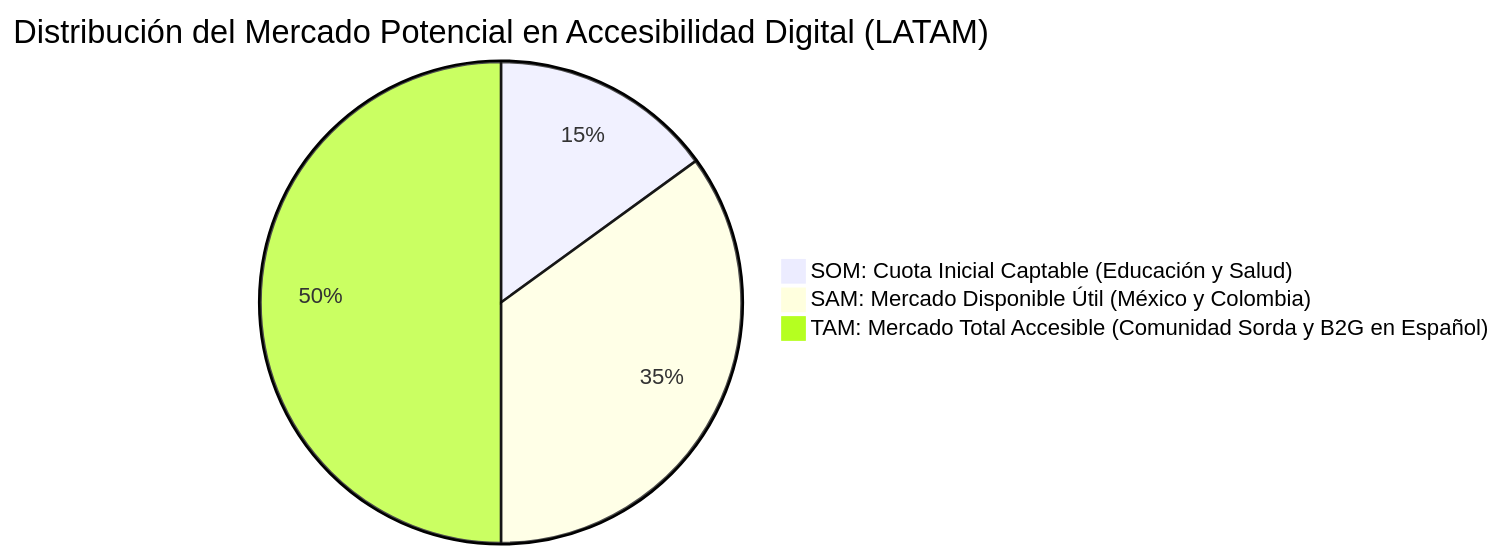
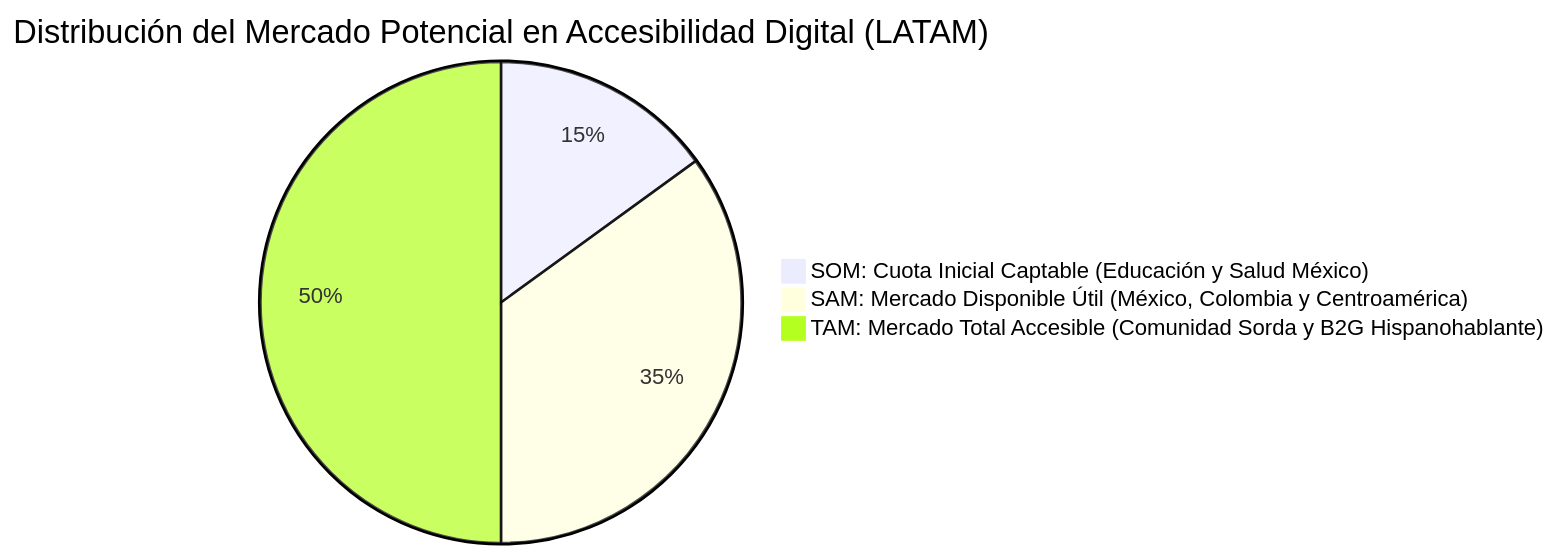
Before and after one commit to Salf423/expresat: the second of 3 diagrams in Obsidian_exp/Plan de negocio de EXPRESAT.md, drawn with Mermaid. The commit also changed other lines of this file and 152 other files, not shown here.

````diff
--- a/Obsidian_exp/Plan de negocio de EXPRESAT.md
+++ b/Obsidian_exp/Plan de negocio de EXPRESAT.md
@@ -42,6 +53,6 @@
 ```mermaid
 pie title Distribución del Mercado Potencial en Accesibilidad Digital (LATAM)
-    "SOM: Cuota Inicial Captable (Educación y Salud)" : 15
-    "SAM: Mercado Disponible Útil (México y Colombia)" : 35
-    "TAM: Mercado Total Accesible (Comunidad Sorda y B2G en Español)" : 50
+    "SOM: Cuota Inicial Captable (Educación y Salud México)" : 15
+    "SAM: Mercado Disponible Útil (México, Colombia y Centroamérica)" : 35
+    "TAM: Mercado Total Accesible (Comunidad Sorda y B2G Hispanohablante)" : 50
 ```
````
